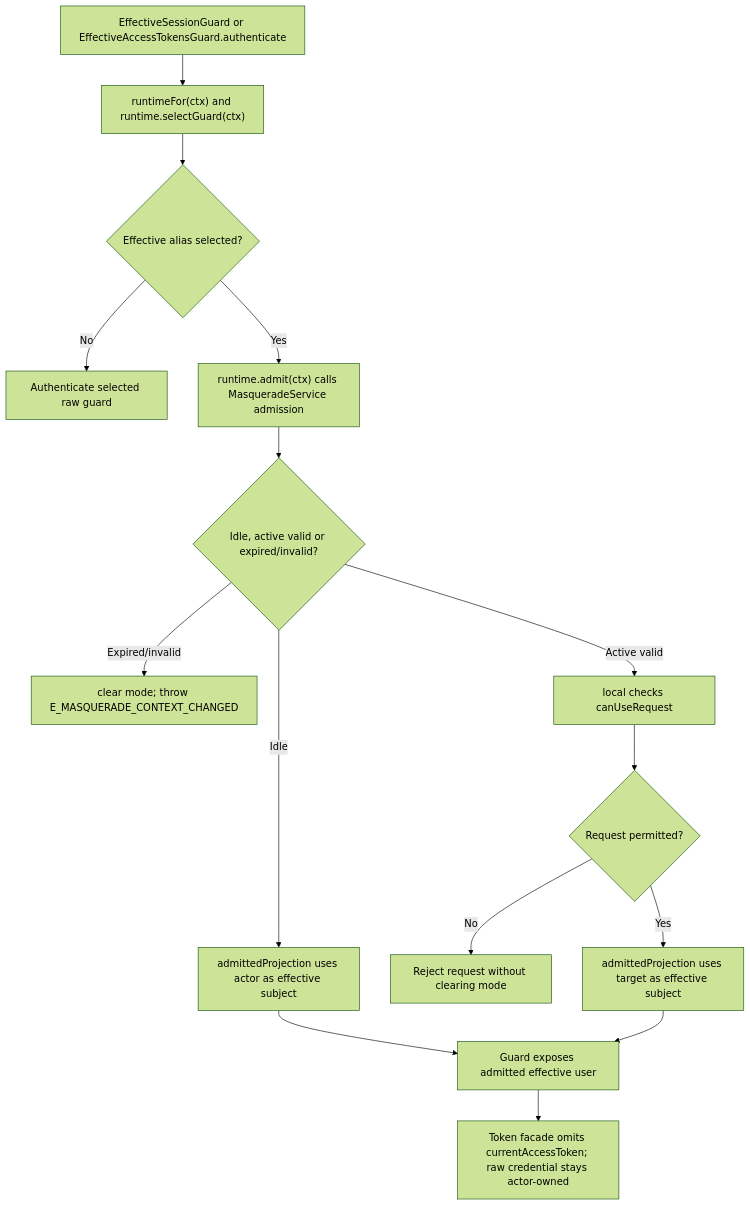
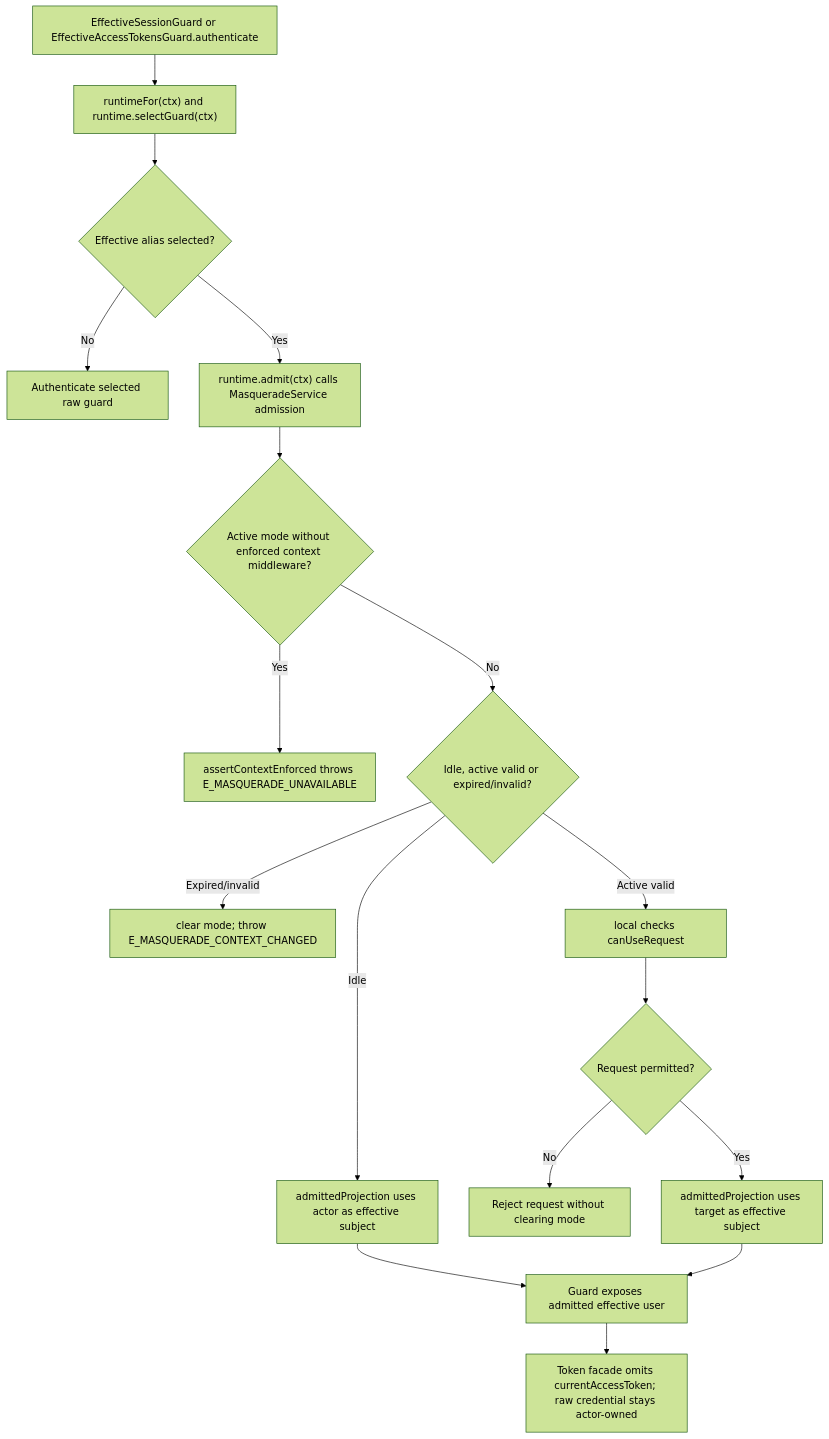
One commit to Kevinjohn/oss-adonisjs-masquerade changed the second of 2 diagrams in user-stories/view-effective-account/us-actor-02-view-effective-account.md. Above: the diagram before and after it, drawn with Mermaid (forest theme). The commit also changed other lines of this file and 5 other files, not shown here.

````diff
--- a/user-stories/view-effective-account/us-actor-02-view-effective-account.md
+++ b/user-stories/view-effective-account/us-actor-02-view-effective-account.md
@@ -39,17 +39,19 @@
 ```mermaid
 flowchart TD
     A["EffectiveSessionGuard or EffectiveAccessTokensGuard.authenticate"] --> B["runtimeFor(ctx) and runtime.selectGuard(ctx)"]
     B --> C{"Effective alias selected?"}
     C -->|No| D["Authenticate selected raw guard"]
     C -->|Yes| E["runtime.admit(ctx) calls MasqueradeService admission"]
-    E --> F{"Idle, active valid or expired/invalid?"}
+    E --> E2{"Active mode without enforced context middleware?"}
+    E2 -->|Yes| Z["assertContextEnforced throws E_MASQUERADE_UNAVAILABLE"]
+    E2 -->|No| F{"Idle, active valid or expired/invalid?"}
     F -->|Idle| G["admittedProjection uses actor as effective subject"]
     F -->|Expired/invalid| H["clear mode; throw E_MASQUERADE_CONTEXT_CHANGED"]
     F -->|Active valid| I["local checks canUseRequest"]
     I --> J{"Request permitted?"}
     J -->|No| K["Reject request without clearing mode"]
     J -->|Yes| L["admittedProjection uses target as effective subject"]
     G --> M["Guard exposes admitted effective user"]
     L --> M
     M --> N["Token facade omits currentAccessToken; raw credential stays actor-owned"]
 ```
````
